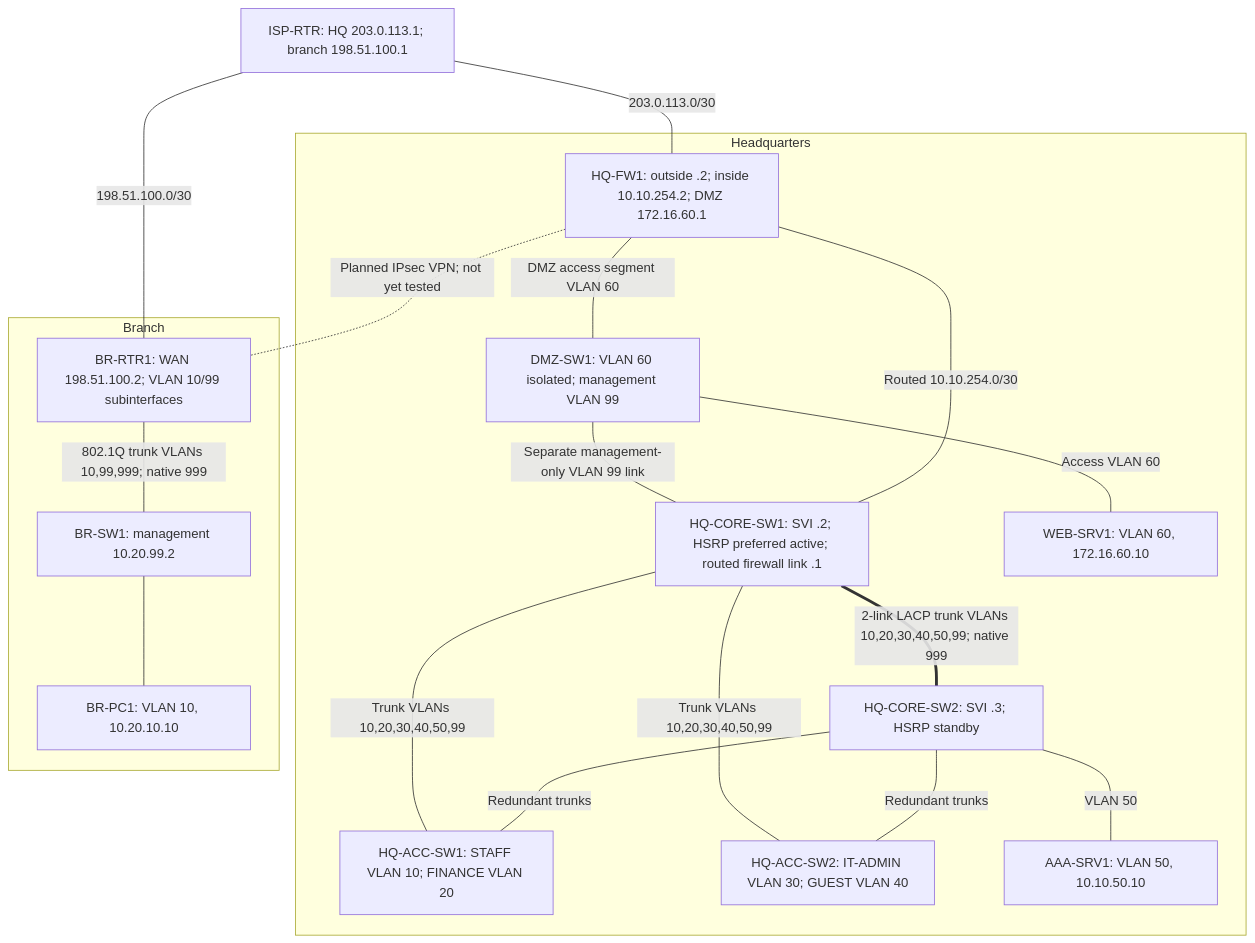
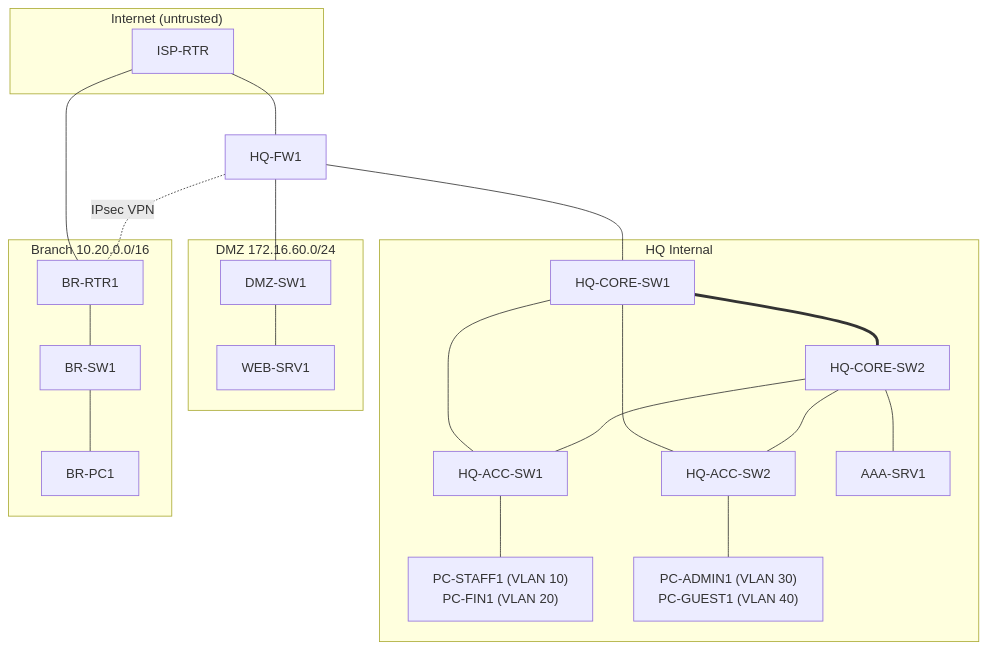
One commit to Ayomide-Akano/Secure-Enterprise-Network-Lab changed the diagram in docs/network-design.md. Above: the diagram before and after it, drawn with Mermaid. The commit also changed other lines of this file, not shown here.

````diff
--- a/docs/network-design.md
+++ b/docs/network-design.md
@@ -117,34 +148,34 @@
-~~~mermaid
+```mermaid
 flowchart TB
-  ISP["ISP-RTR: HQ 203.0.113.1; branch 198.51.100.1"]
-  subgraph HQ["Headquarters"]
-    FW["HQ-FW1: outside .2; inside 10.10.254.2; DMZ 172.16.60.1"]
-    C1["HQ-CORE-SW1: SVI .2; HSRP preferred active; routed firewall link .1"]
-    C2["HQ-CORE-SW2: SVI .3; HSRP standby"]
-    A1["HQ-ACC-SW1: STAFF VLAN 10; FINANCE VLAN 20"]
-    A2["HQ-ACC-SW2: IT-ADMIN VLAN 30; GUEST VLAN 40"]
-    AAA["AAA-SRV1: VLAN 50, 10.10.50.10"]
-    DSW["DMZ-SW1: VLAN 60 isolated; management VLAN 99"]
-    WEB["WEB-SRV1: VLAN 60, 172.16.60.10"]
-    C1 ===|"2-link LACP trunk VLANs 10,20,30,40,50,99; native 999"| C2
-    C1 ---|"Trunk VLANs 10,20,30,40,50,99"| A1
-    C1 ---|"Trunk VLANs 10,20,30,40,50,99"| A2
-    C2 ---|"Redundant trunks"| A1
-    C2 ---|"Redundant trunks"| A2
-    C1 ---|"Routed 10.10.254.0/30"| FW
-    C2 ---|"VLAN 50"| AAA
-    FW ---|"DMZ access segment VLAN 60"| DSW
-    DSW ---|"Access VLAN 60"| WEB
-    DSW ---|"Separate management-only VLAN 99 link"| C1
+  subgraph INET["Internet (untrusted)"]
+    ISP[ISP-RTR]
   end
-  subgraph BRANCH["Branch"]
-    BRR["BR-RTR1: WAN 198.51.100.2; VLAN 10/99 subinterfaces"]
-    BSW["BR-SW1: management 10.20.99.2"]
-    BPC["BR-PC1: VLAN 10, 10.20.10.10"]
-    BRR ---|"802.1Q trunk VLANs 10,99,999; native 999"| BSW
-    BSW --- BPC
+
+  subgraph DMZ["DMZ 172.16.60.0/24"]
+    DSW[DMZ-SW1] --- WEB[WEB-SRV1]
   end
-  ISP ---|"203.0.113.0/30"| FW
-  ISP ---|"198.51.100.0/30"| BRR
-  FW -. "Planned IPsec VPN; not yet tested" .- BRR
-~~~
+
+  subgraph HQ["HQ Internal"]
+    C1[HQ-CORE-SW1] === C2[HQ-CORE-SW2]
+    A1[HQ-ACC-SW1]
+    A2[HQ-ACC-SW2]
+    C1 --- A1
+    C1 --- A2
+    C2 --- A1
+    C2 --- A2
+    C2 --- AAA[AAA-SRV1]
+    A1 --- P1["PC-STAFF1 (VLAN 10)<br/>PC-FIN1 (VLAN 20)"]
+    A2 --- P2["PC-ADMIN1 (VLAN 30)<br/>PC-GUEST1 (VLAN 40)"]
+  end
+
+  subgraph BR["Branch 10.20.0.0/16"]
+    BRR[BR-RTR1] --- BSW[BR-SW1] --- BPC[BR-PC1]
+  end
+
+  FW[HQ-FW1]
+  ISP --- FW
+  FW --- DSW
+  FW --- C1
+  ISP --- BRR
+  FW -. "IPsec VPN" .- BRR
+```
````
